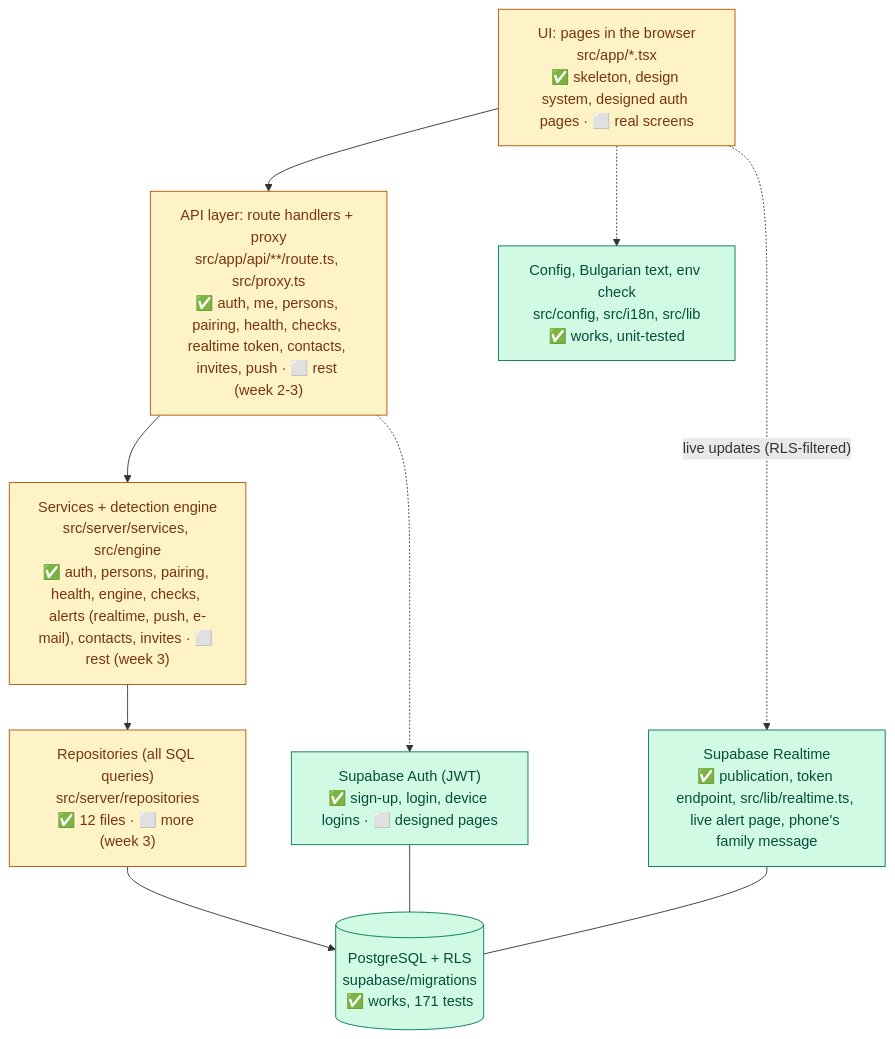
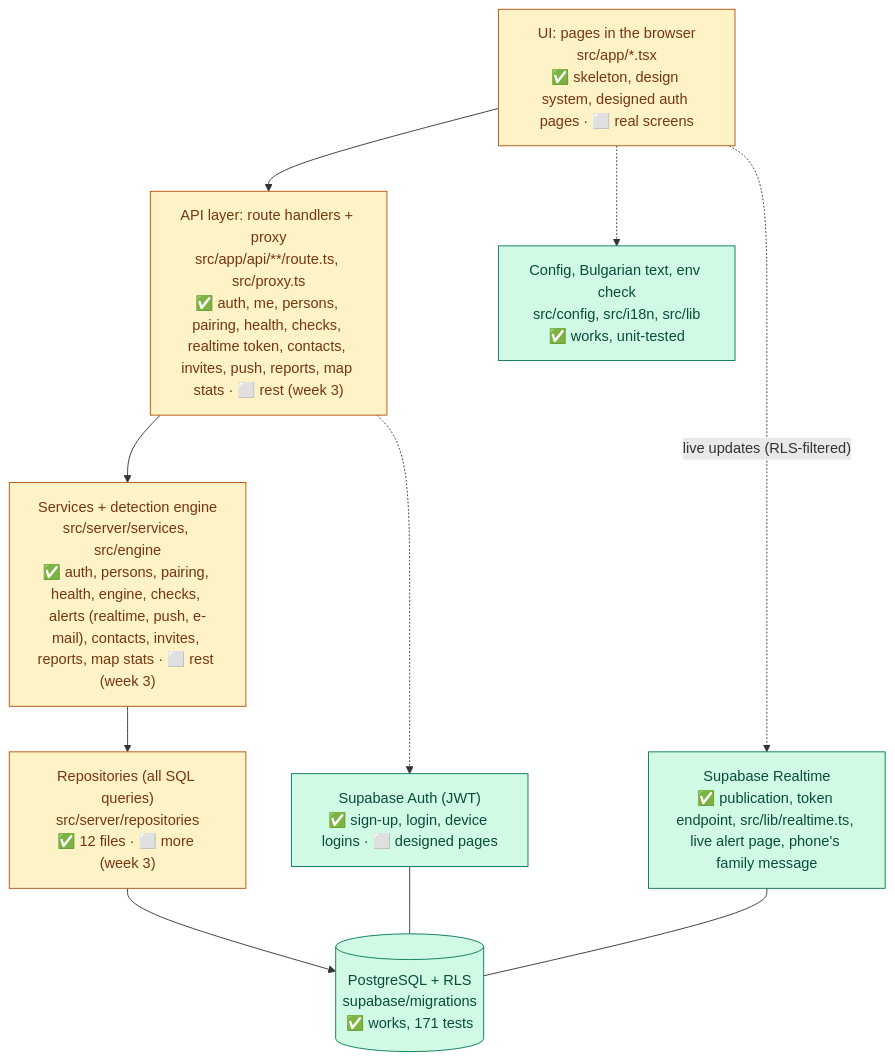
Before and after one commit to AVGe0rgiev23/Scamly: the diagram in docs/HOW_IT_WORKS.md, drawn with Mermaid. The commit also changed other lines of this file and 17 other files, not shown here.

Commit message:
Add public scam reports API with honeypot, redaction and scam-wave map stats

````diff
--- a/docs/HOW_IT_WORKS.md
+++ b/docs/HOW_IT_WORKS.md
@@ -40,24 +42,24 @@
 ```mermaid
 flowchart TB
   UI["UI: pages in the browser<br/>src/app/*.tsx<br/>✅ skeleton, design system, designed auth pages · ⬜ real screens"]
-  API["API layer: route handlers + proxy<br/>src/app/api/**/route.ts, src/proxy.ts<br/>✅ auth, me, persons, pairing, health, checks, realtime token, contacts, invites, push · ⬜ rest (week 2-3)"]
-  SVC["Services + detection engine<br/>src/server/services, src/engine<br/>✅ auth, persons, pairing, health, engine, checks, alerts (realtime, push, e-mail), contacts, invites · ⬜ rest (week 3)"]
+  API["API layer: route handlers + proxy<br/>src/app/api/**/route.ts, src/proxy.ts<br/>✅ auth, me, persons, pairing, health, checks, realtime token, contacts, invites, push, reports, map stats · ⬜ rest (week 3)"]
+  SVC["Services + detection engine<br/>src/server/services, src/engine<br/>✅ auth, persons, pairing, health, engine, checks, alerts (realtime, push, e-mail), contacts, invites, reports, map stats · ⬜ rest (week 3)"]
   REPO["Repositories (all SQL queries)<br/>src/server/repositories<br/>✅ 12 files · ⬜ more (week 3)"]
   PG[("PostgreSQL + RLS<br/>supabase/migrations<br/>✅ works, 171 tests")]
   AUTH["Supabase Auth (JWT)<br/>✅ sign-up, login, device logins · ⬜ designed pages"]
   RT["Supabase Realtime<br/>✅ publication, token endpoint, src/lib/realtime.ts, live alert page, phone's family message"]
   CFG["Config, Bulgarian text, env check<br/>src/config, src/i18n, src/lib<br/>✅ works, unit-tested"]
 
   UI --> API --> SVC --> REPO --> PG
   UI -.-> CFG
   API -.-> AUTH
   AUTH --- PG
   RT --- PG
   UI -. "live updates (RLS-filtered)" .-> RT
 
   classDef done fill:#d1fae5,stroke:#047857,color:#064e3b
   classDef planned fill:#f3f4f6,stroke:#6b7280,stroke-dasharray:5 5,color:#374151
   classDef partly fill:#fef3c7,stroke:#b45309,color:#78350f
   class PG,CFG,AUTH,RT done
   class UI,API,SVC,REPO partly
 ```
````
